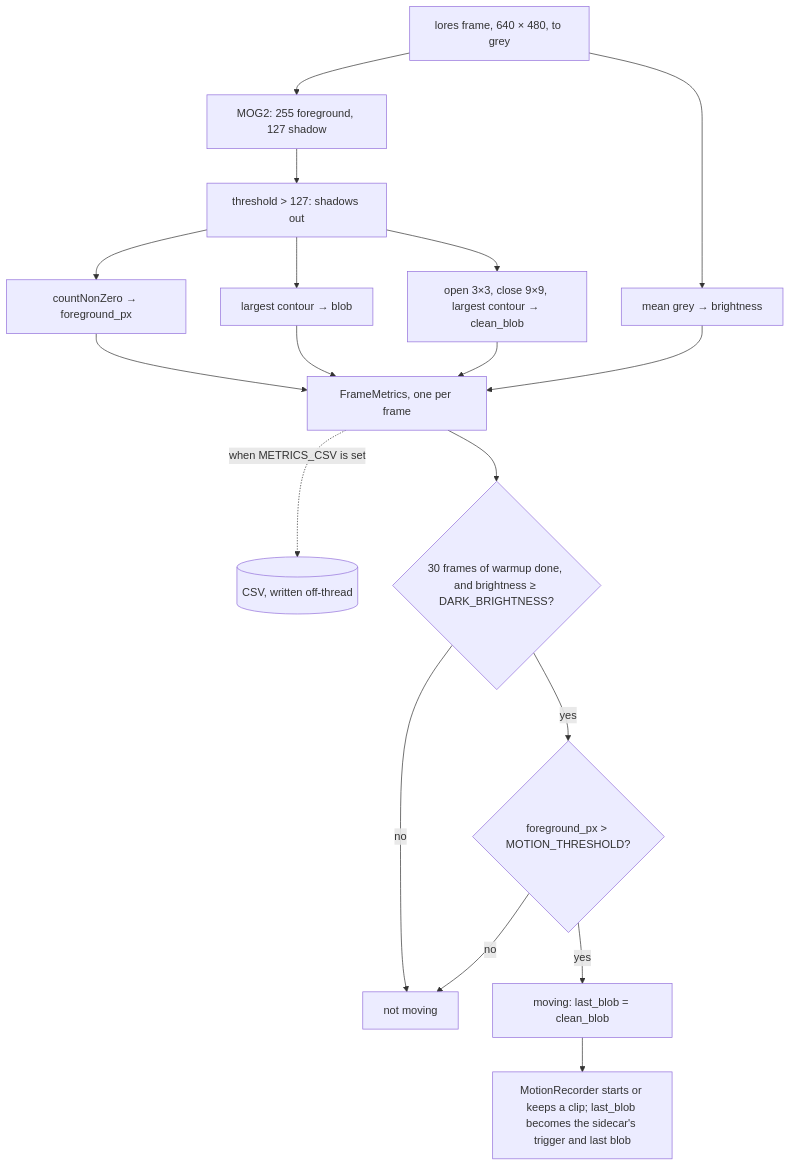
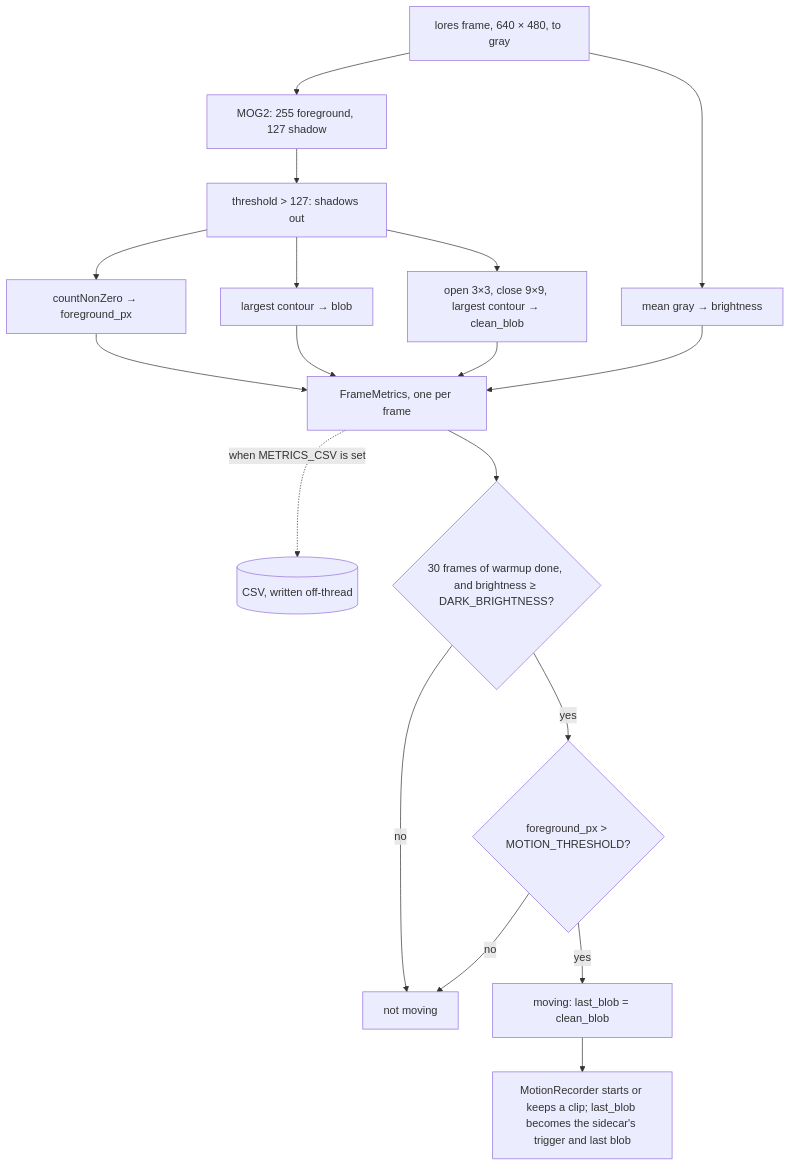
The second of 6 diagrams in docs/DESIGN.md (Thinmindt/CatDetector), drawn with Mermaid before and after one commit. The commit also changed other lines of this file and 33 other files, not shown here.

````diff
--- a/docs/DESIGN.md
+++ b/docs/DESIGN.md
@@ -142,17 +142,17 @@
 ```mermaid
 flowchart TB
-  lores["lores frame, 640 × 480, to grey"] --> mog["MOG2: 255 foreground, 127 shadow"]
+  lores["lores frame, 640 × 480, to gray"] --> mog["MOG2: 255 foreground, 127 shadow"]
   mog --> thr["threshold > 127: shadows out"]
   thr --> cnt["countNonZero → foreground_px"]
   thr --> raw["largest contour → blob"]
   thr --> clean["open 3×3, close 9×9, largest contour → clean_blob"]
-  lores --> br["mean grey → brightness"]
+  lores --> br["mean gray → brightness"]
   cnt & raw & clean & br --> fm["FrameMetrics, one per frame"]
   fm -. "when METRICS_CSV is set" .-> csv[("CSV, written off-thread")]
   fm --> gate{"30 frames of warmup done, and brightness ≥ DARK_BRIGHTNESS?"}
   gate -- no --> still["not moving"]
   gate -- yes --> cmp{"foreground_px > MOTION_THRESHOLD?"}
   cmp -- no --> still
   cmp -- yes --> moving["moving: last_blob = clean_blob"]
   moving --> rec["MotionRecorder starts or keeps a clip; last_blob becomes the sidecar's trigger and last blob"]
 ```
````
